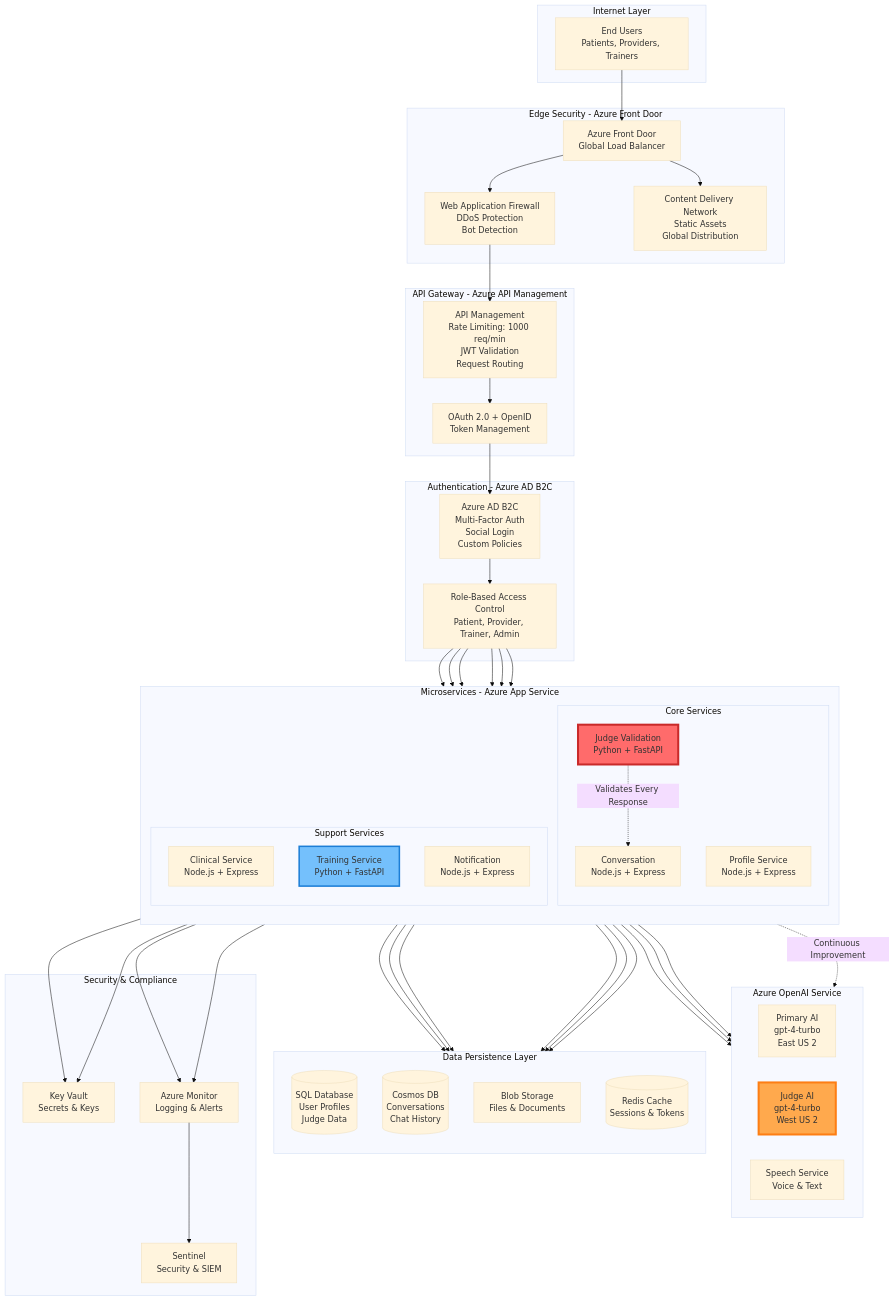
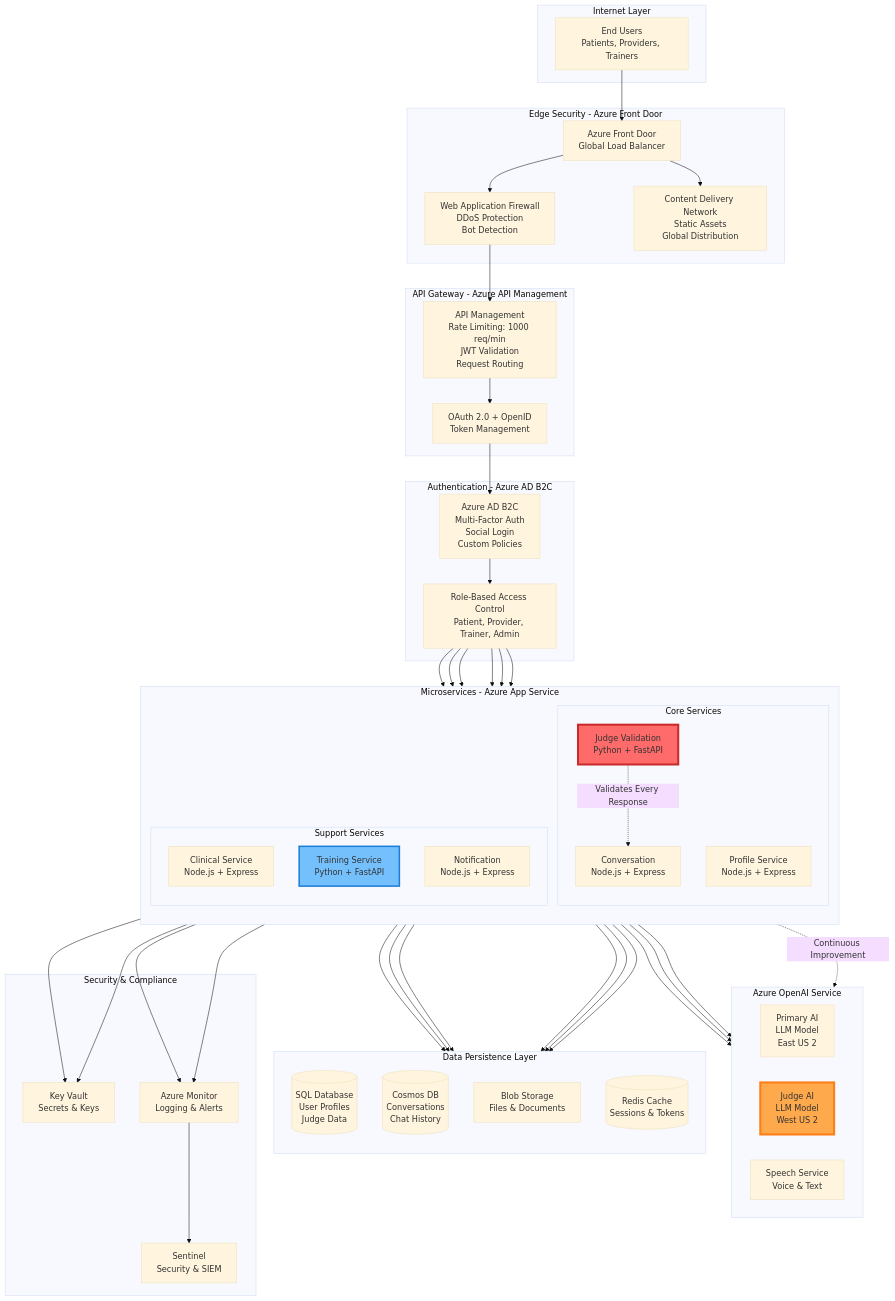
One commit to gauravpandeydigilantern/ZIA changed the first of 6 diagrams in README.md. Above: the diagram before and after it, drawn with Mermaid (base theme).

```diff
--- a/README.md
+++ b/README.md
@@ -48,9 +48,9 @@
     
     subgraph AIServices["Azure OpenAI Service"]
         direction LR
-        PRIMARY[Primary AI<br/>gpt-4-turbo<br/>East US 2]
+        PRIMARY[Primary AI<br/>LLM Model<br/>East US 2]
         
-        JUDGEAI[Judge AI<br/>gpt-4-turbo<br/>West US 2]
+        JUDGEAI[Judge AI<br/>LLM Model<br/>West US 2]
         
         SPEECH[Speech Service<br/>Voice & Text]
     end
```
